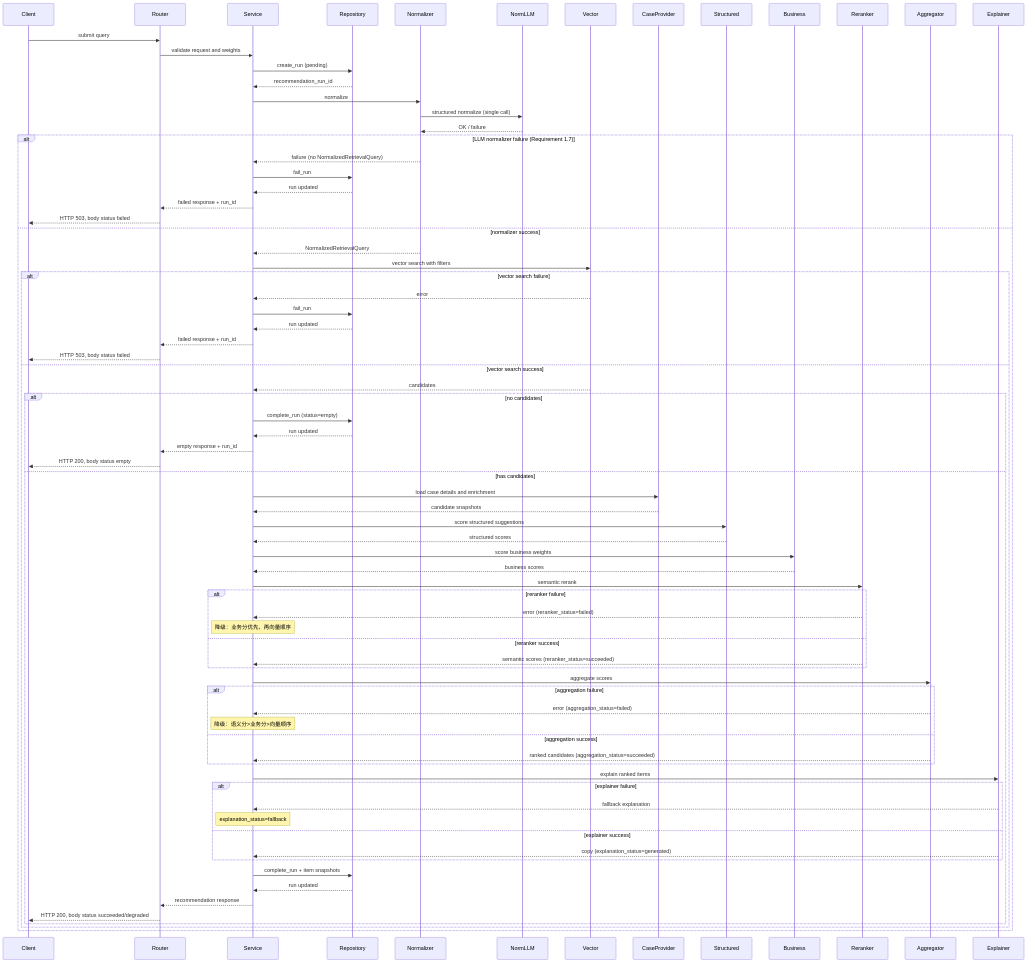
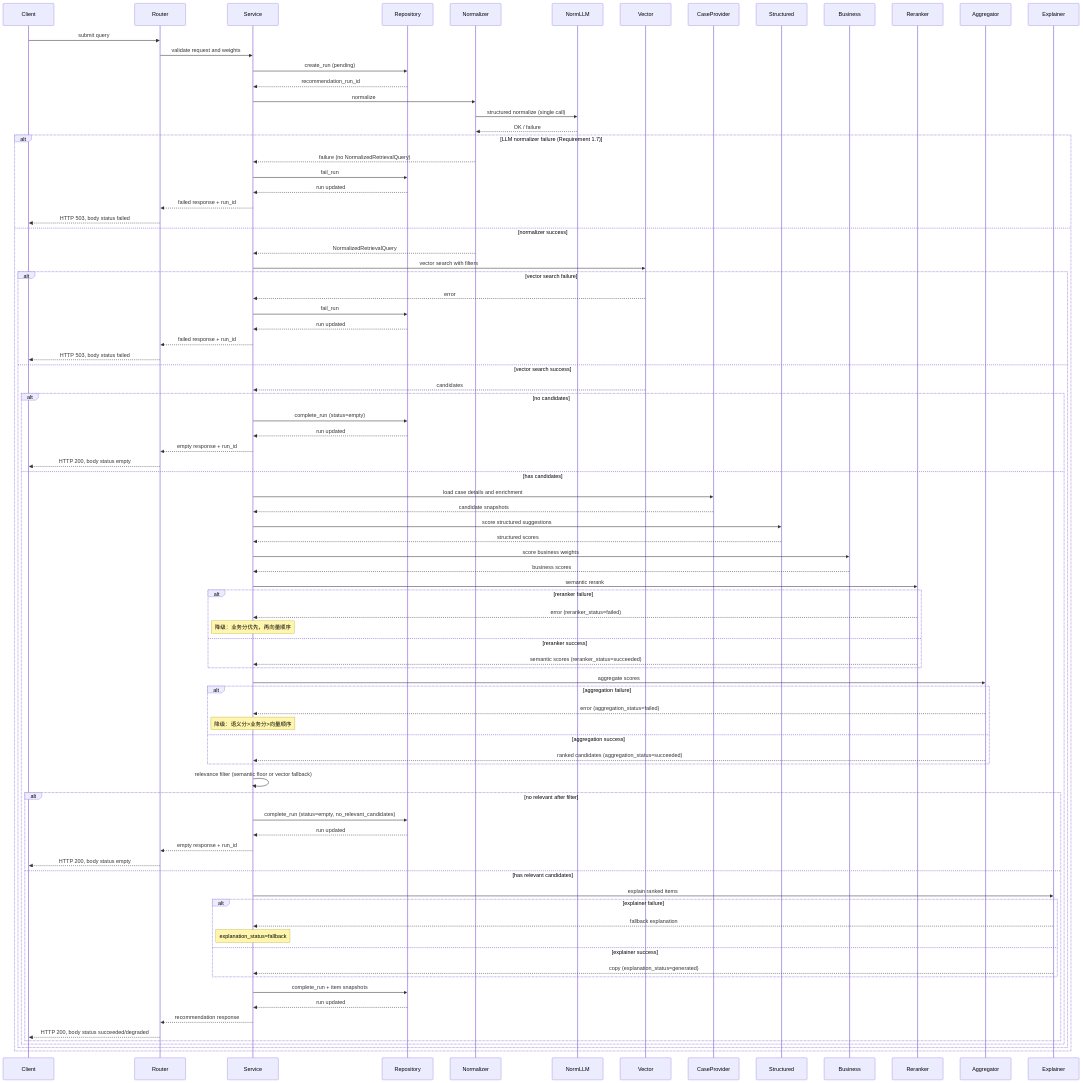
One commit to aierdong/a3-cbr changed the second of 5 diagrams in .kiro/specs/cbr-retrieval-recommendation/design.md. Above: the diagram before and after it, drawn with Mermaid. The commit also changed other lines of this file and 9 other files, not shown here.

```diff
--- a/.kiro/specs/cbr-retrieval-recommendation/design.md
+++ b/.kiro/specs/cbr-retrieval-recommendation/design.md
@@ -319,6 +321,13 @@
                 else aggregation success
                     Aggregator-->>Service: ranked candidates (aggregation_status=succeeded)
                 end
+                Service->>Service: relevance filter (semantic floor or vector fallback)
+                alt no relevant after filter
+                    Service->>Repository: complete_run (status=empty, no_relevant_candidates)
+                    Repository-->>Service: run updated
+                    Service-->>Router: empty response + run_id
+                    Router-->>Client: HTTP 200, body status empty
+                else has relevant candidates
                 Service->>Explainer: explain ranked items
                 alt explainer failure
                     Explainer-->>Service: fallback explanation
@@ -330,6 +339,7 @@
                 Repository-->>Service: run updated
                 Service-->>Router: recommendation response
                 Router-->>Client: HTTP 200, body status succeeded/degraded
+                end
             end
         end
     end
```
